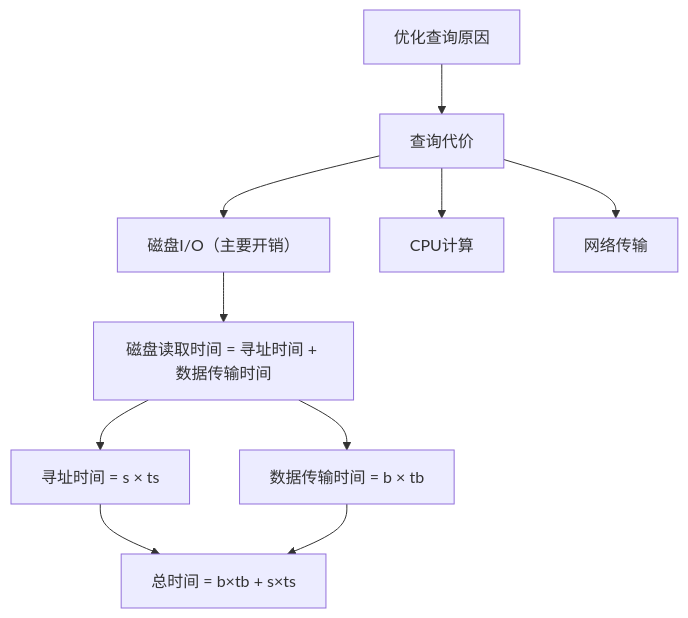
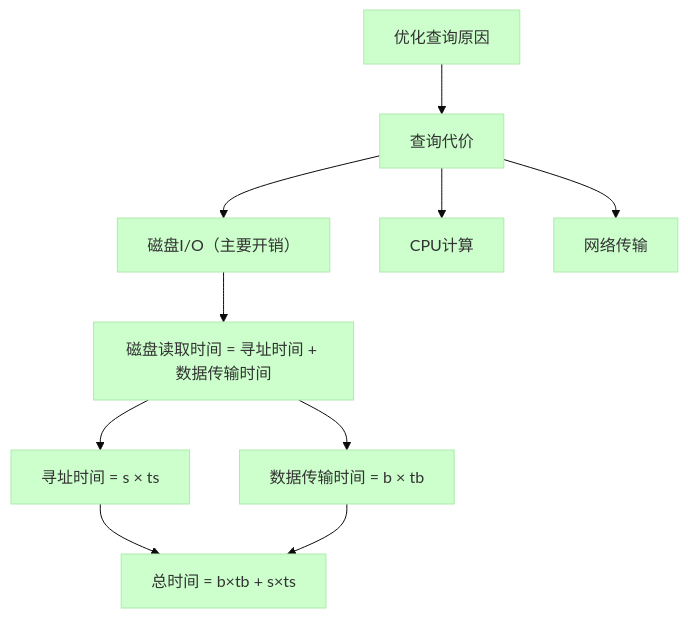
Before and after one commit to alxy18977578363/Code_Brewery: the second of 2 diagrams in 数据库系统概论/readme.md, drawn with Mermaid. The commit also changed other lines of this file, not shown here.

````diff
--- a/数据库系统概论/readme.md
+++ b/数据库系统概论/readme.md
@@ -208,14 +208,13 @@
 ```mermaid
+%%{init: {'theme': 'base', 'themeVariables': { 'primaryColor': '#ccffcc'}, 'config': {'flowchart': {'useMaxWidth': false}, 'securityLevel': 'loose'}}}%%
 flowchart TD
     A[优化查询原因] --> B[查询代价]
     B --> B1["磁盘I/O（主要开销）"]
     B --> B2[CPU计算]
     B --> B3[网络传输]
-    
     B1 --> C["磁盘读取时间 = 寻址时间 + 数据传输时间"]
     C --> C1["寻址时间 = s × ts"]
     C --> C2["数据传输时间 = b × tb"]
-    
     C1 --> D["总时间 = b×tb + s×ts"]
     C2 --> D
 ```
````
